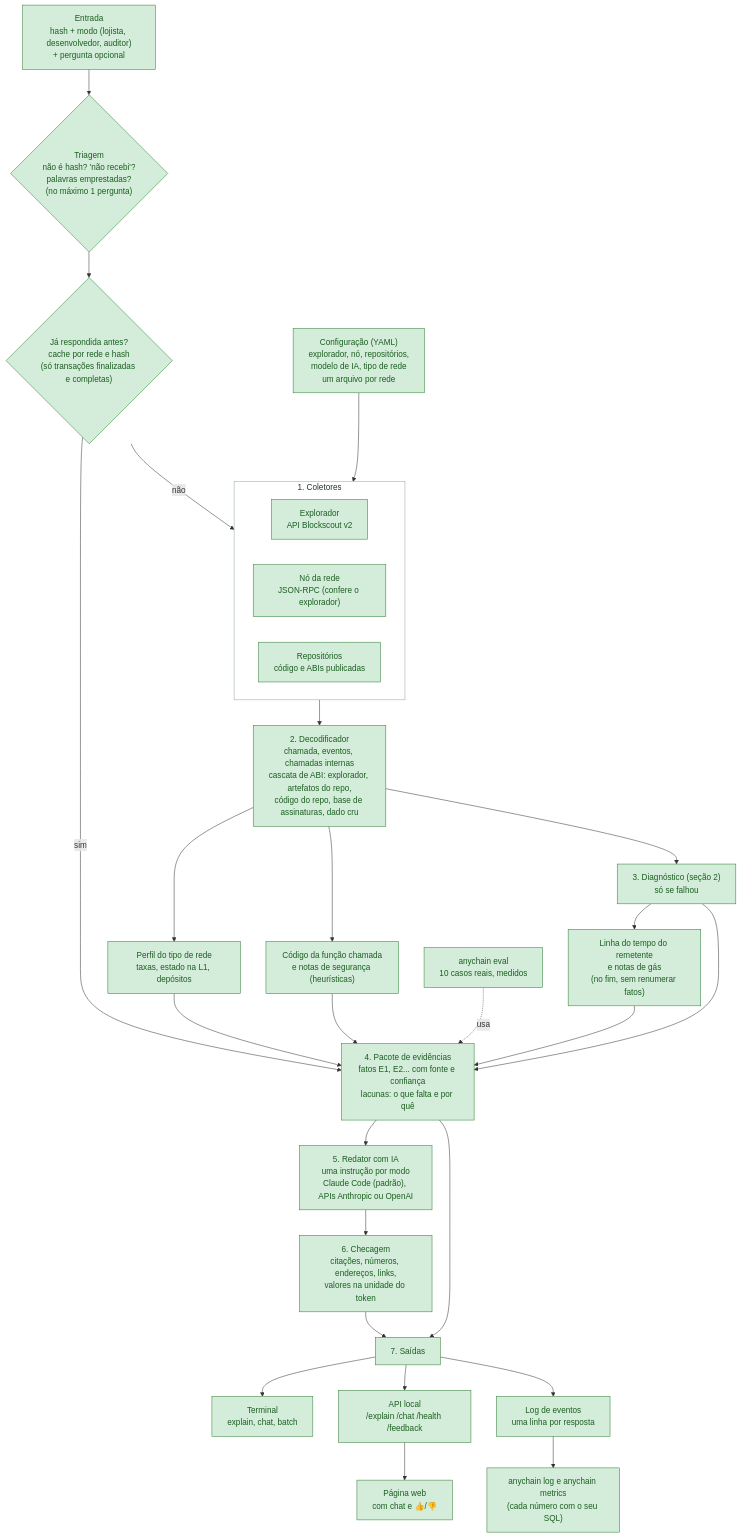
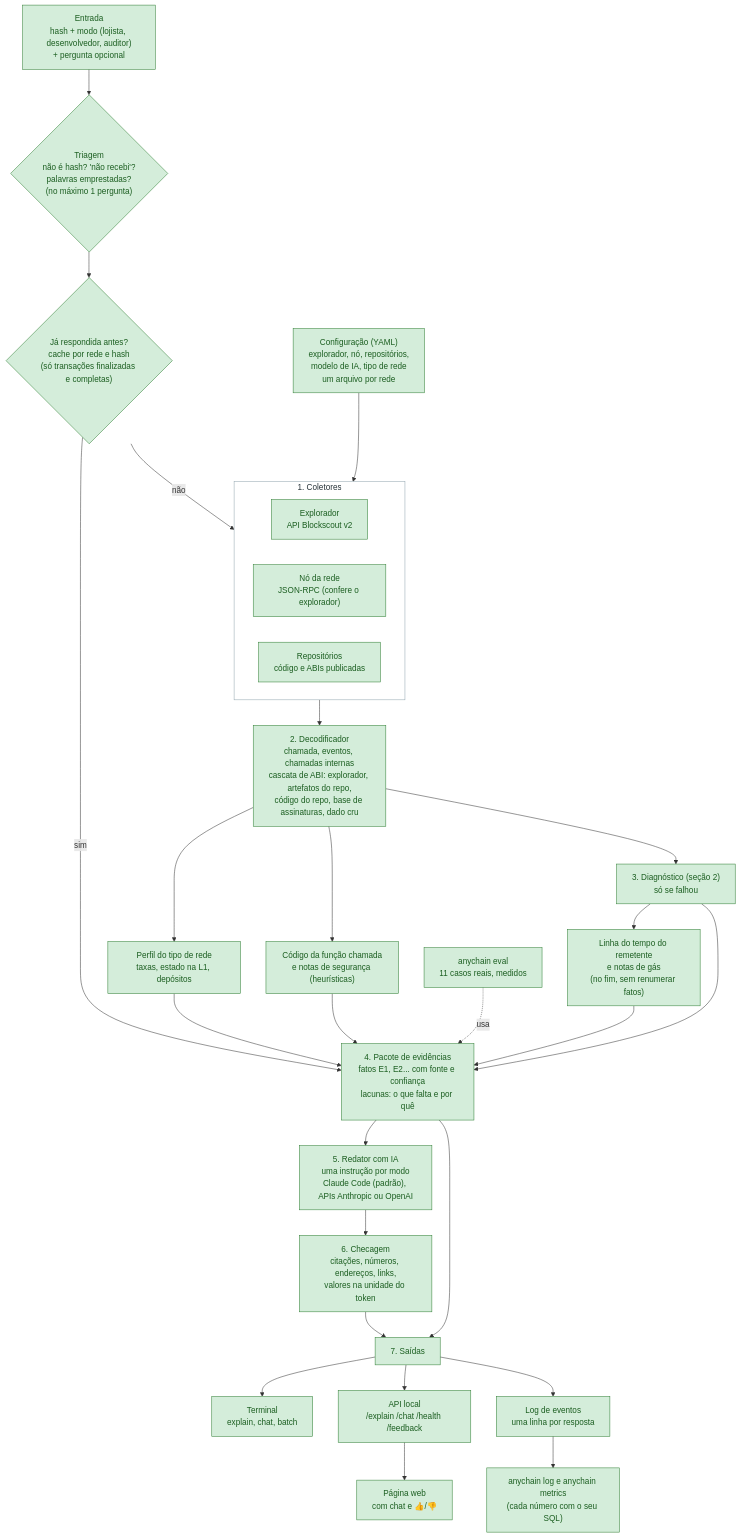
The second of 9 diagrams in docs/ARCHITECTURE.pt-BR.md (Ebaoj/anychain), drawn with Mermaid before and after one commit. The commit also changed other lines of this file and 11 other files, not shown here.

First line of the commit message:
Deliverable up to date after D59-D67: README (page, full API, all metrics SQL, impact summary, mirror note, rounding), fresh samples and eval, architecture docs to D67; support prompt keeps token names and the inner error (D68)

````diff
--- a/docs/ARCHITECTURE.pt-BR.md
+++ b/docs/ARCHITECTURE.pt-BR.md
@@ -46,41 +46,41 @@
 ```mermaid
 flowchart TD
     IN["Entrada<br/>hash + modo (lojista, desenvolvedor, auditor)<br/>+ pergunta opcional"] --> TRI{"Triagem<br/>não é hash? 'não recebi'?<br/>palavras emprestadas?<br/>(no máximo 1 pergunta)"}
     TRI --> CACHE
     CACHE{"Já respondida antes?<br/>cache por rede e hash<br/>(só transações finalizadas e completas)"} -->|sim| BUN
     CACHE -->|não| COL
     CFG["Configuração (YAML)<br/>explorador, nó, repositórios,<br/>modelo de IA, tipo de rede<br/>um arquivo por rede"] --> COL
 
     subgraph COL["1. Coletores"]
         EXP["Explorador<br/>API Blockscout v2"]
         RPC["Nó da rede<br/>JSON-RPC (confere o explorador)"]
         REPO["Repositórios<br/>código e ABIs publicadas"]
     end
 
     COL --> DEC["2. Decodificador<br/>chamada, eventos, chamadas internas<br/>cascata de ABI: explorador, artefatos do repo,<br/>código do repo, base de assinaturas, dado cru"]
     DEC --> PRO["Perfil do tipo de rede<br/>taxas, estado na L1, depósitos"]
     DEC --> CODE["Código da função chamada<br/>e notas de segurança (heurísticas)"]
     DEC --> DIAG["3. Diagnóstico (seção 2)<br/>só se falhou"]
     DIAG --> TL["Linha do tempo do remetente<br/>e notas de gás<br/>(no fim, sem renumerar fatos)"]
     TL --> BUN
     PRO --> BUN
     CODE --> BUN
     DIAG --> BUN
 
     BUN["4. Pacote de evidências<br/>fatos E1, E2... com fonte e confiança<br/>lacunas: o que falta e por quê"]
     BUN --> WRI["5. Redator com IA<br/>uma instrução por modo<br/>Claude Code (padrão), APIs Anthropic ou OpenAI"]
     WRI --> VAL["6. Checagem<br/>citações, números, endereços, links,<br/>valores na unidade do token"]
     VAL --> OUT["7. Saídas"]
     BUN --> OUT
 
     OUT --> CLI["Terminal<br/>explain, chat, batch"]
     OUT --> API["API local<br/>/explain /chat /health /feedback"]
     API --> PAGE["Página web<br/>com chat e 👍/👎"]
     OUT --> LOG["Log de eventos<br/>uma linha por resposta"]
     LOG --> MET["anychain log e anychain metrics<br/>(cada número com o seu SQL)"]
-    EVAL["anychain eval<br/>10 casos reais, medidos"] -.usa.-> BUN
+    EVAL["anychain eval<br/>11 casos reais, medidos"] -.usa.-> BUN
 
     classDef done fill:#d4edda,stroke:#2e7d32,color:#1b5e20
     class IN,TRI,TL,CACHE,CFG,EXP,RPC,REPO,DEC,PRO,CODE,DIAG,BUN,WRI,VAL,OUT,CLI,API,PAGE,LOG,MET,EVAL done
     style COL fill:#ffffff,stroke:#90a4ae,color:#263238
 ```
````
